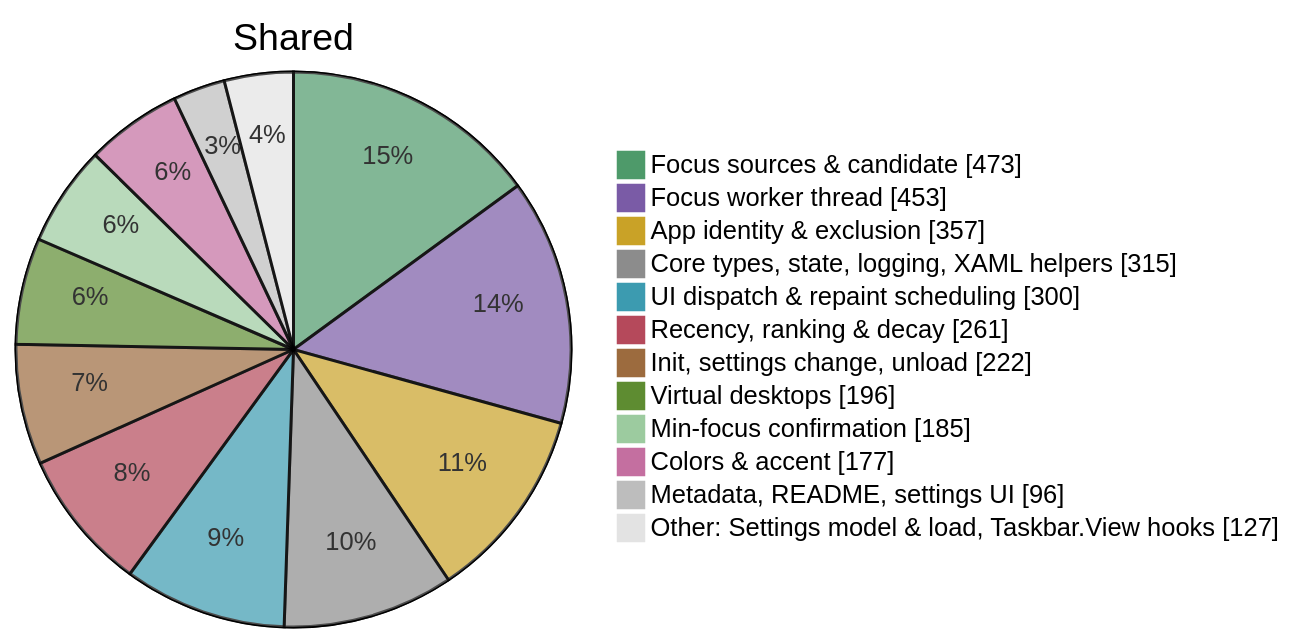
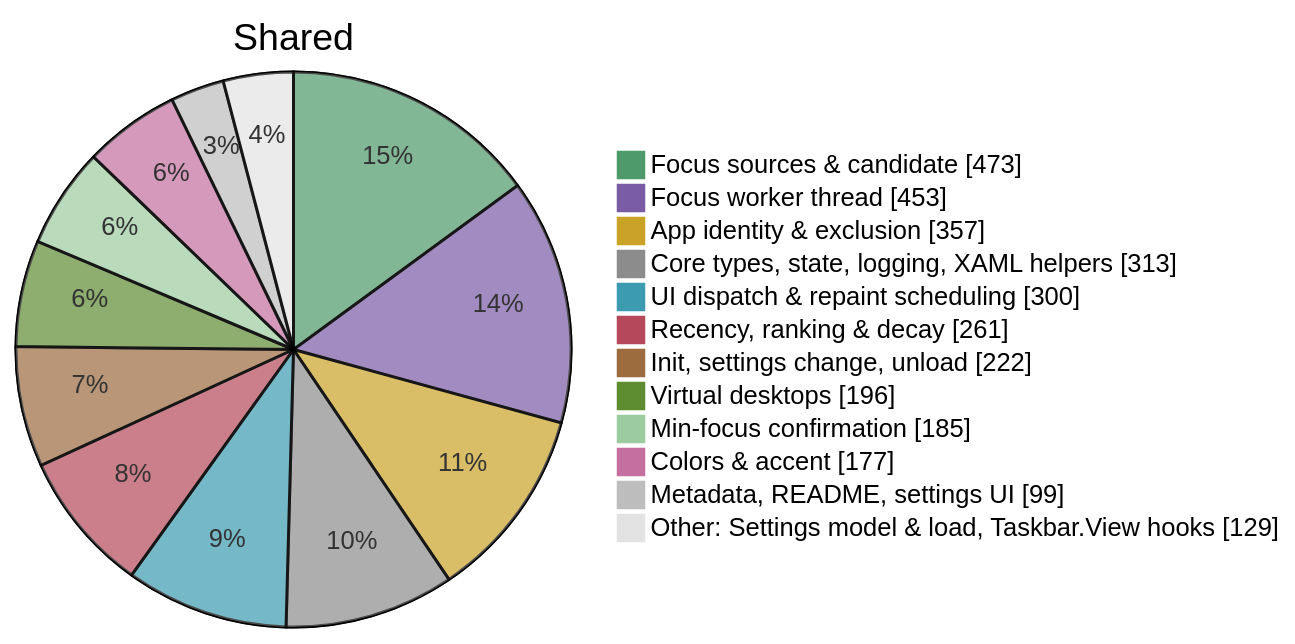
Before and after one commit to jvlasek/taskbar-recent-focus-highlight: the fourth of 5 diagrams in doc/code/code-breakdown.md, drawn with Mermaid. The commit also changed other lines of this file and 8 other files, not shown here.

````diff
--- a/doc/code/code-breakdown.md
+++ b/doc/code/code-breakdown.md
@@ -134,16 +134,16 @@
 ```mermaid
 %%{init: {"themeVariables": {"pie1": "#4E9A6A", "pie2": "#7A5BA6", "pie3": "#C9A227", "pie4": "#8C8C8C", "pie5": "#3C9BB0", "pie6": "#B5495B", "pie7": "#9C6B3E", "pie8": "#5E8C31", "pie9": "#9CCB9F", "pie10": "#C46FA0", "pie11": "#BDBDBD", "pie12": "#E3E3E3", "pieOuterStrokeWidth": "1px"}}}%%
 pie showData title Shared
     "Focus sources & candidate" : 473
     "Focus worker thread" : 453
     "App identity & exclusion" : 357
-    "Core types, state, logging, XAML helpers" : 315
+    "Core types, state, logging, XAML helpers" : 313
     "UI dispatch & repaint scheduling" : 300
     "Recency, ranking & decay" : 261
     "Init, settings change, unload" : 222
     "Virtual desktops" : 196
     "Min-focus confirmation" : 185
     "Colors & accent" : 177
-    "Metadata, README, settings UI" : 96
-    "Other: Settings model & load, Taskbar.View hooks" : 127
+    "Metadata, README, settings UI" : 99
+    "Other: Settings model & load, Taskbar.View hooks" : 129
 ```
````
